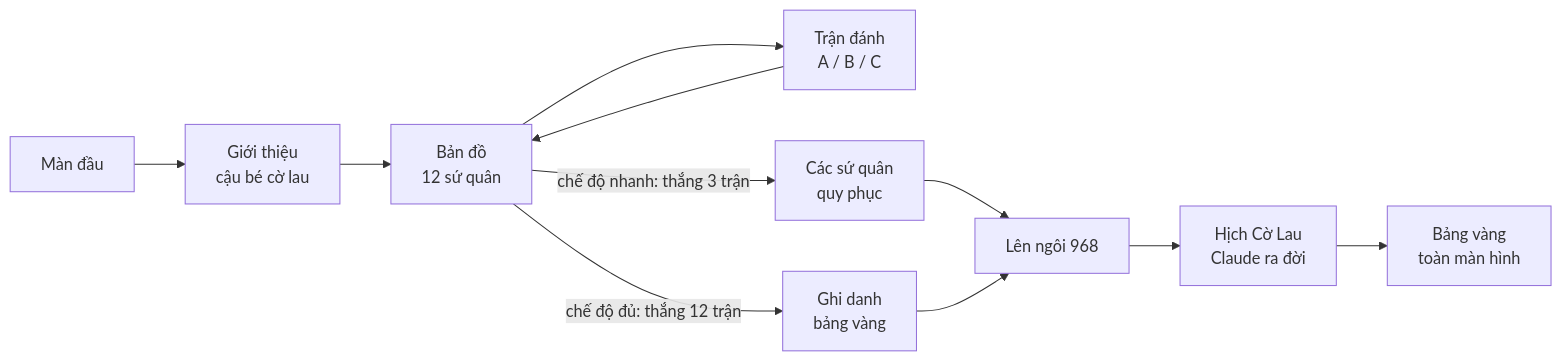
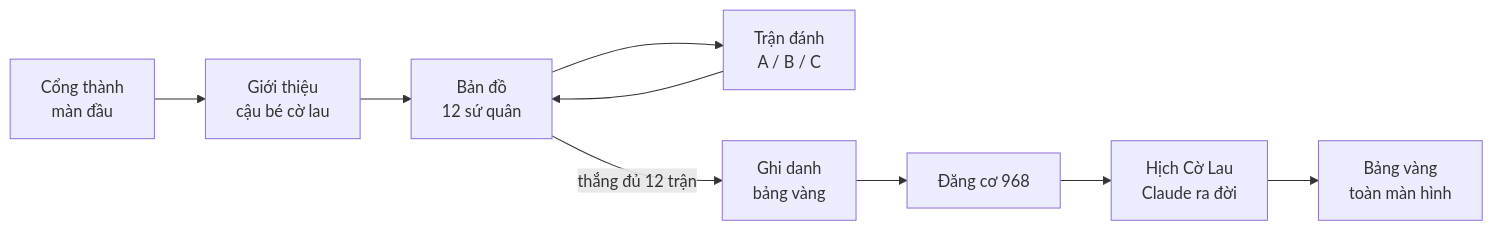
The second of 2 diagrams in docs/03-kien-truc.md (thongnguyenhuu-agilityio/colaudi), drawn with Mermaid before and after one commit. The commit also changed other lines of this file and 6 other files, not shown here.

````diff
--- a/docs/03-kien-truc.md
+++ b/docs/03-kien-truc.md
@@ -41,13 +43,11 @@
 ```mermaid
 flowchart LR
-  T[Màn đầu] --> I[Giới thiệu<br/>cậu bé cờ lau]
+  T[Cổng thành<br/>màn đầu] --> I[Giới thiệu<br/>cậu bé cờ lau]
   I --> M[Bản đồ<br/>12 sứ quân]
   M --> B[Trận đánh<br/>A / B / C]
   B --> M
-  M -->|chế độ nhanh: thắng 3 trận| S[Các sứ quân<br/>quy phục]
-  M -->|chế độ đủ: thắng 12 trận| G[Ghi danh<br/>bảng vàng]
-  S --> C[Lên ngôi 968]
-  G --> C
+  M -->|thắng đủ 12 trận| G[Ghi danh<br/>bảng vàng]
+  G --> C[Đăng cơ 968]
   C --> F[Hịch Cờ Lau<br/>Claude ra đời]
   F --> BV[Bảng vàng<br/>toàn màn hình]
 ```
````
